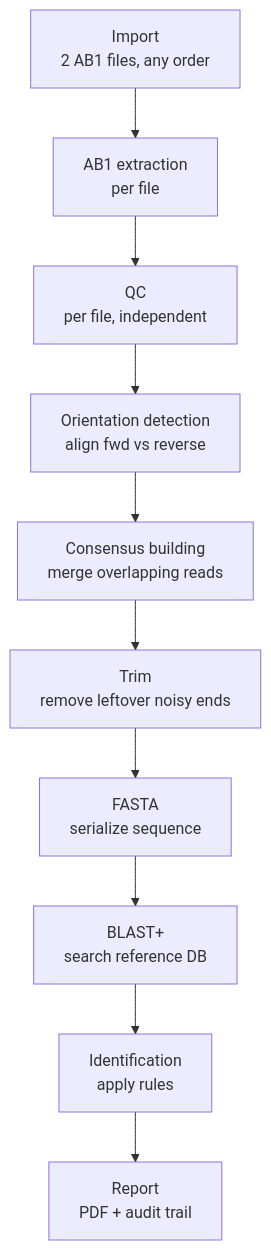
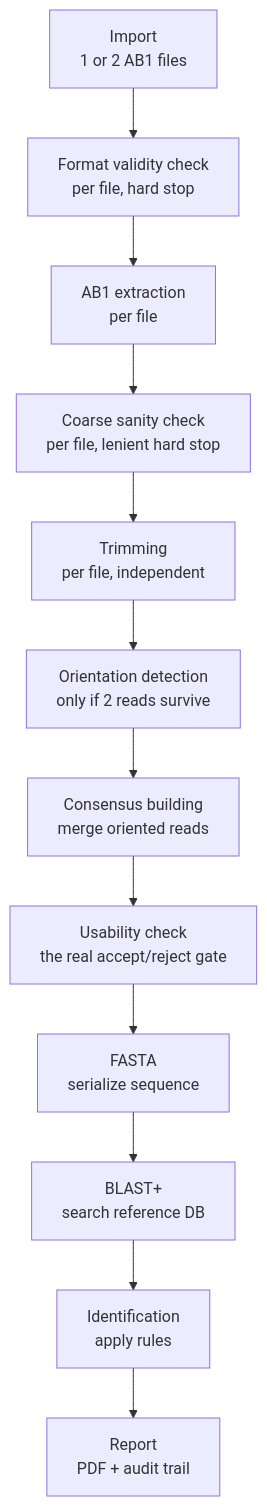
Before and after one commit to Bezyl-Mophat-Otieno/PAIGS-WildID: the diagram in docs/PLAN.md, drawn with Mermaid. The commit also changed other lines of this file and 25 other files, not shown here.

````diff
--- a/docs/PLAN.md
+++ b/docs/PLAN.md
@@ -17,12 +17,14 @@
 ```mermaid
 flowchart TD
-    A[Import<br/>2 AB1 files, any order] --> B[AB1 extraction<br/>per file]
-    B --> C[QC<br/>per file, independent]
-    C --> D[Orientation detection<br/>align fwd vs reverse]
-    D --> E[Consensus building<br/>merge overlapping reads]
-    E --> F[Trim<br/>remove leftover noisy ends]
-    F --> G[FASTA<br/>serialize sequence]
-    G --> H[BLAST+<br/>search reference DB]
-    H --> I[Identification<br/>apply rules]
-    I --> J[Report<br/>PDF + audit trail]
+    A[Import<br/>1 or 2 AB1 files] --> B[Format validity check<br/>per file, hard stop]
+    B --> C[AB1 extraction<br/>per file]
+    C --> D[Coarse sanity check<br/>per file, lenient hard stop]
+    D --> E[Trimming<br/>per file, independent]
+    E --> F[Orientation detection<br/>only if 2 reads survive]
+    F --> G[Consensus building<br/>merge oriented reads]
+    G --> H[Usability check<br/>the real accept/reject gate]
+    H --> I[FASTA<br/>serialize sequence]
+    I --> J[BLAST+<br/>search reference DB]
+    J --> K[Identification<br/>apply rules]
+    K --> L[Report<br/>PDF + audit trail]
 ```
````
